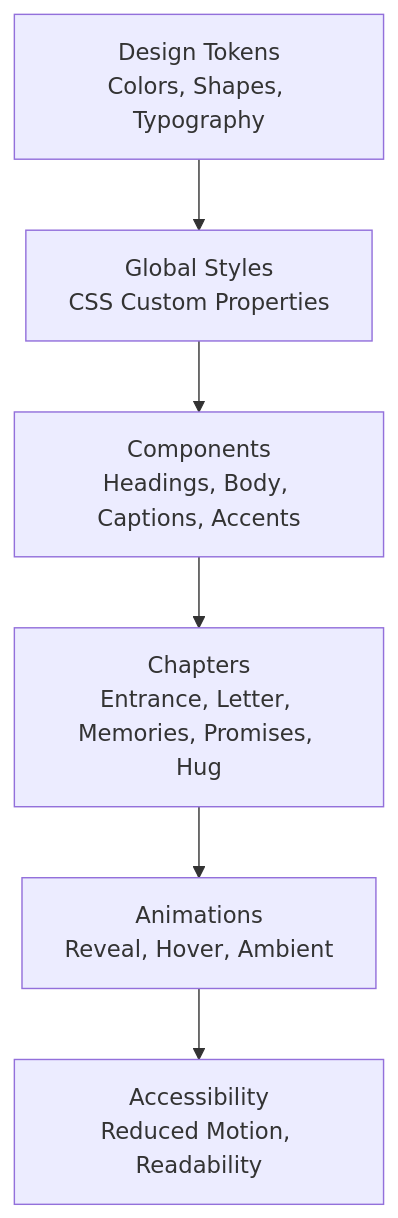
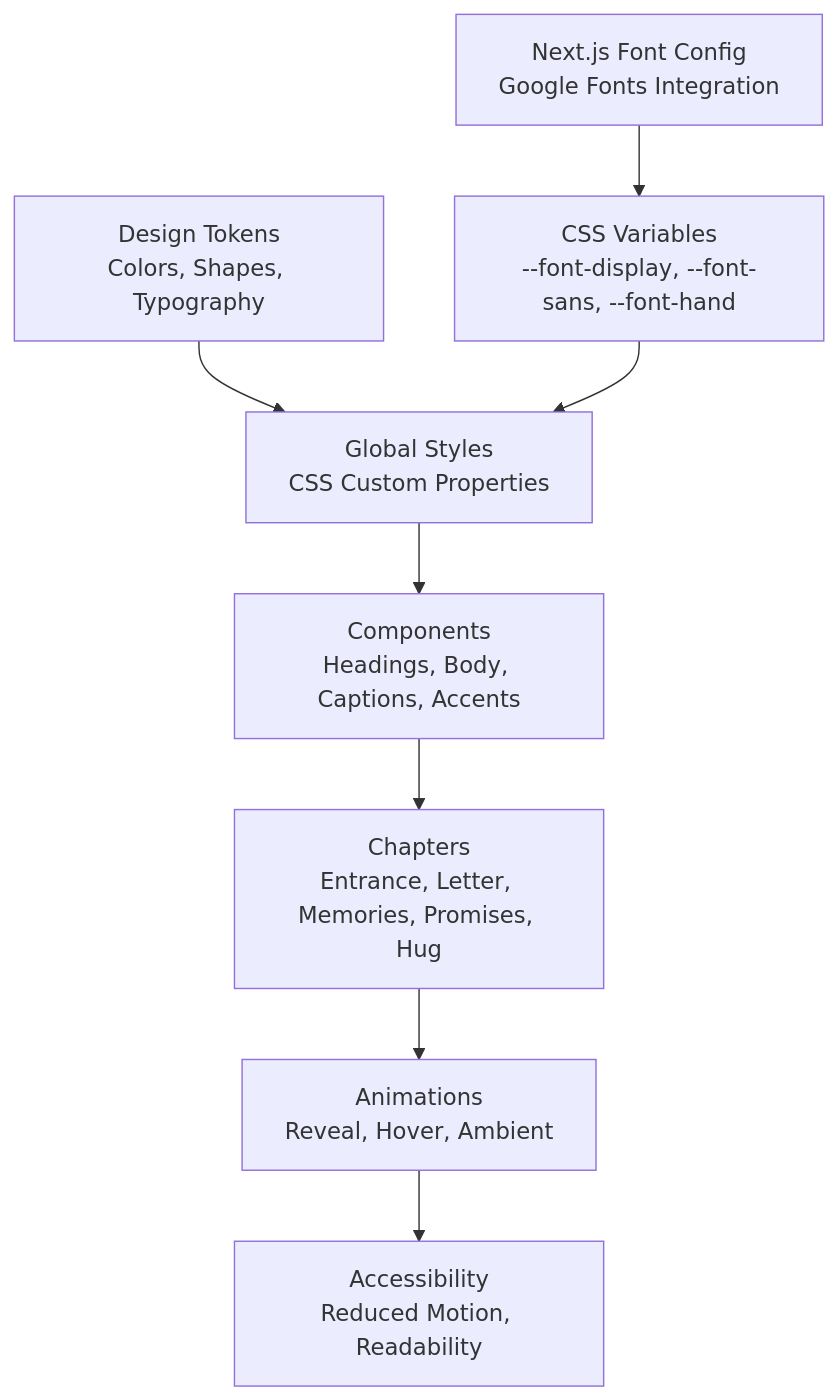
Before and after one commit to quangkiet1/anh-xin-loi: the second of 3 diagrams in .qoder/repowiki/en/content/Design System Reference/Typography & Font System.md, drawn with Mermaid. The commit also changed other lines of this file and 13 other files, not shown here.

````diff
--- a/.qoder/repowiki/en/content/Design System Reference/Typography & Font System.md
+++ b/.qoder/repowiki/en/content/Design System Reference/Typography & Font System.md
@@ -75,8 +94,10 @@
 ```mermaid
 flowchart TD
 Tokens["Design Tokens<br/>Colors, Shapes, Typography"] --> GlobalStyles["Global Styles<br/>CSS Custom Properties"]
 GlobalStyles --> Components["Components<br/>Headings, Body, Captions, Accents"]
 Components --> Chapters["Chapters<br/>Entrance, Letter, Memories, Promises, Hug"]
 Chapters --> Animations["Animations<br/>Reveal, Hover, Ambient"]
 Animations --> Accessibility["Accessibility<br/>Reduced Motion, Readability"]
+NL["Next.js Font Config<br/>Google Fonts Integration"] --> CSSVars["CSS Variables<br/>--font-display, --font-sans, --font-hand"]
+CSSVars --> GlobalStyles
 ```
````
